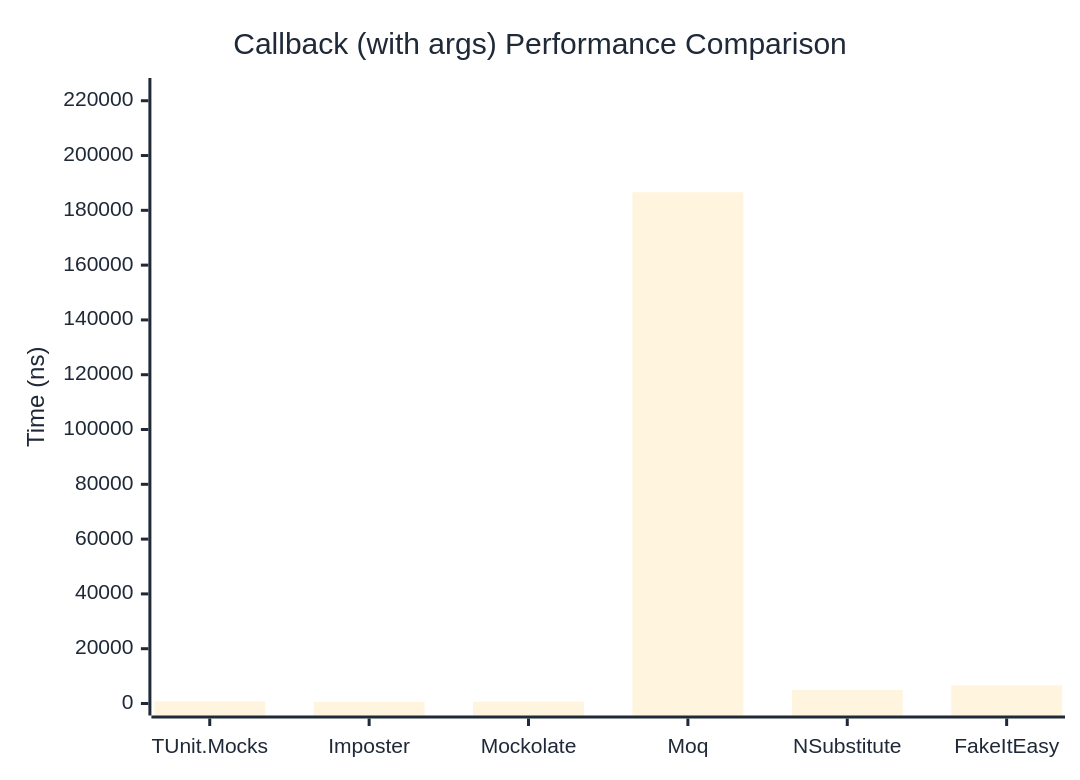
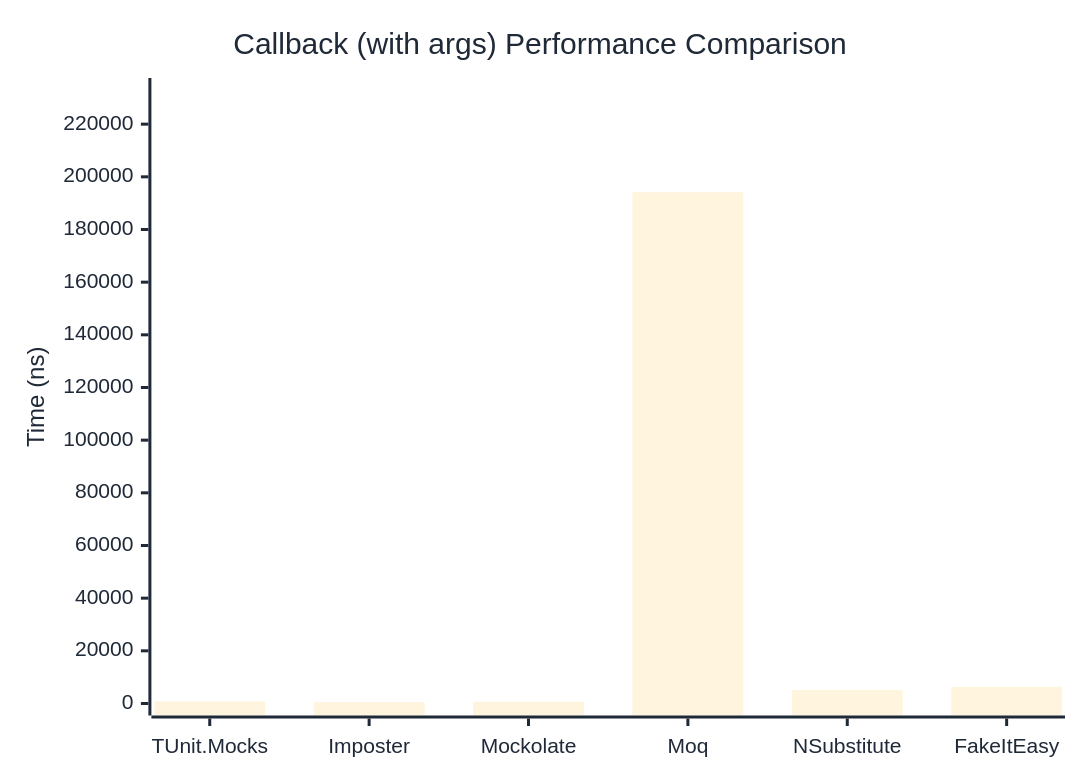
Before and after one commit to thomhurst/TUnit: the second of 2 diagrams in docs/docs/benchmarks/mocks/Callback.md, drawn with Mermaid. The commit also changed other lines of this file and 14 other files, not shown here.

````diff
--- a/docs/docs/benchmarks/mocks/Callback.md
+++ b/docs/docs/benchmarks/mocks/Callback.md
@@ -69,27 +69,27 @@
 ```mermaid
 %%{init: {
   'theme':'base',
   'themeVariables': {
     'primaryColor': '#2563eb',
     'primaryTextColor': '#1f2937',
     'primaryBorderColor': '#1e40af',
     'lineColor': '#6b7280',
     'secondaryColor': '#7c3aed',
     'tertiaryColor': '#dc2626',
     'background': '#ffffff',
     'pie1': '#2563eb',
     'pie2': '#7c3aed',
     'pie3': '#dc2626',
     'pie4': '#f59e0b',
     'pie5': '#10b981',
     'pie6': '#06b6d4',
     'pie7': '#ec4899',
     'pie8': '#6366f1'
   }
 }}%%
 xychart-beta
   title "Callback (with args) Performance Comparison"
   x-axis ["TUnit.Mocks", "Imposter", "Mockolate", "Moq", "NSubstitute", "FakeItEasy"]
-  y-axis "Time (ns)" 0 --> 223918
-  bar [795.5, 543.2, 652.2, 186597.9, 4959, 6610.9]
+  y-axis "Time (ns)" 0 --> 232971
+  bar [772.7, 541.6, 662.3, 194142.1, 5128.9, 6309.5]
 ```
````
